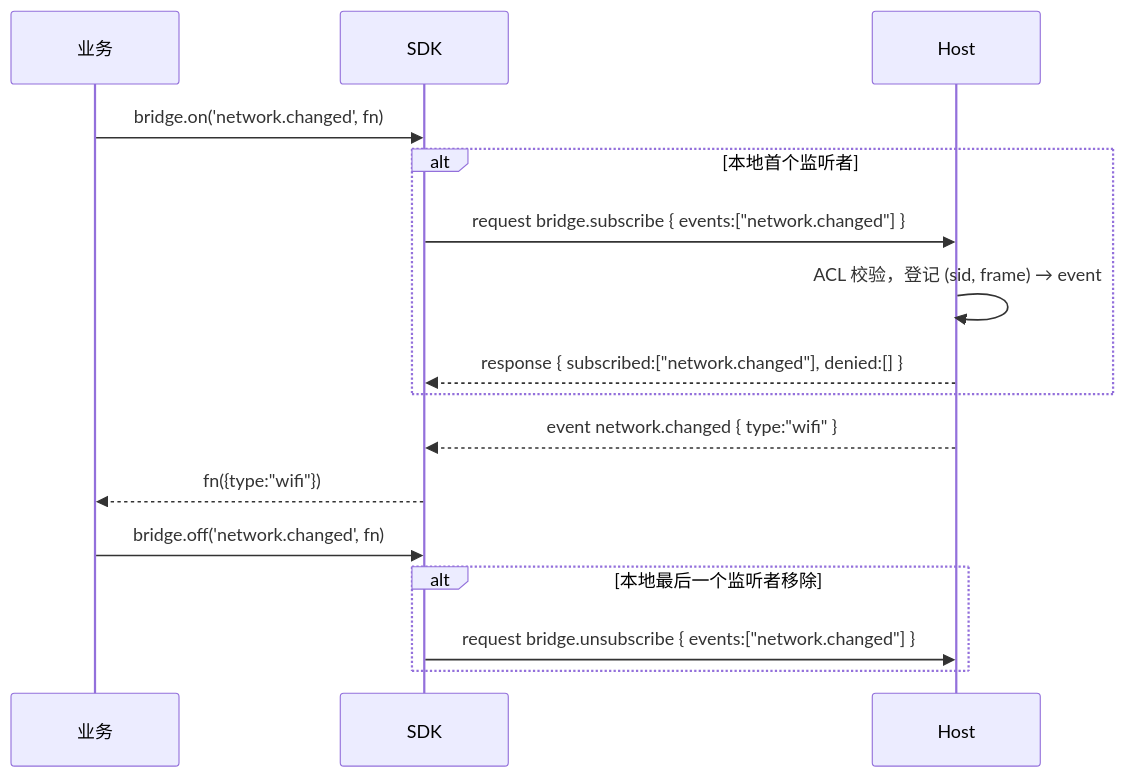
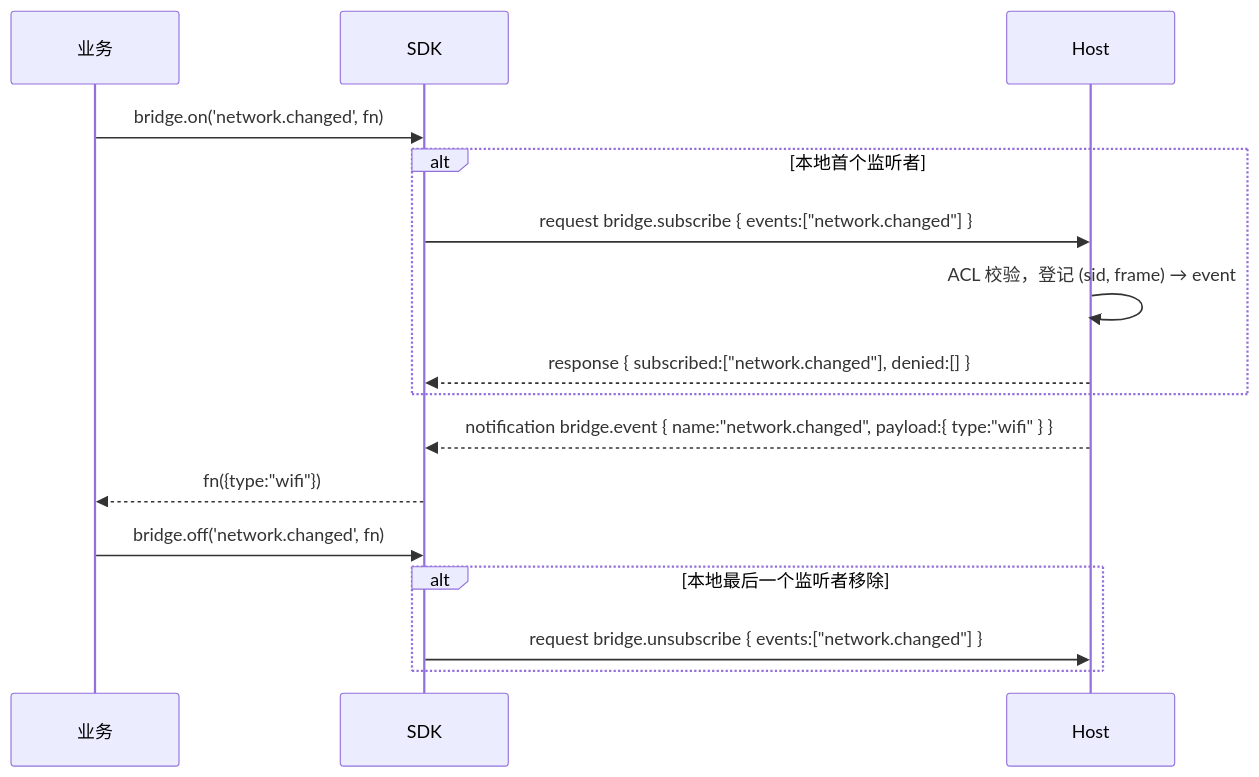
Before and after one commit to Josp3r/open-jsbridge: the fifth of 6 diagrams in docs/protocol.md, drawn with Mermaid. The commit also changed other lines of this file and 25 other files, not shown here.

Commit message:
feat: add JSON-RPC protocol and TypeScript bridge core

````diff
--- a/docs/protocol.md
+++ b/docs/protocol.md
@@ -356,18 +374,18 @@
 ```mermaid
 sequenceDiagram
   participant B as 业务
   participant S as SDK
   participant H as Host
   B->>S: bridge.on('network.changed', fn)
   alt 本地首个监听者
     S->>H: request bridge.subscribe { events:["network.changed"] }
     H->>H: ACL 校验，登记 (sid, frame) → event
     H-->>S: response { subscribed:["network.changed"], denied:[] }
   end
-  H-->>S: event network.changed { type:"wifi" }
+  H-->>S: notification bridge.event { name:"network.changed", payload:{ type:"wifi" } }
   S-->>B: fn({type:"wifi"})
   B->>S: bridge.off('network.changed', fn)
   alt 本地最后一个监听者移除
     S->>H: request bridge.unsubscribe { events:["network.changed"] }
   end
 ```
````
